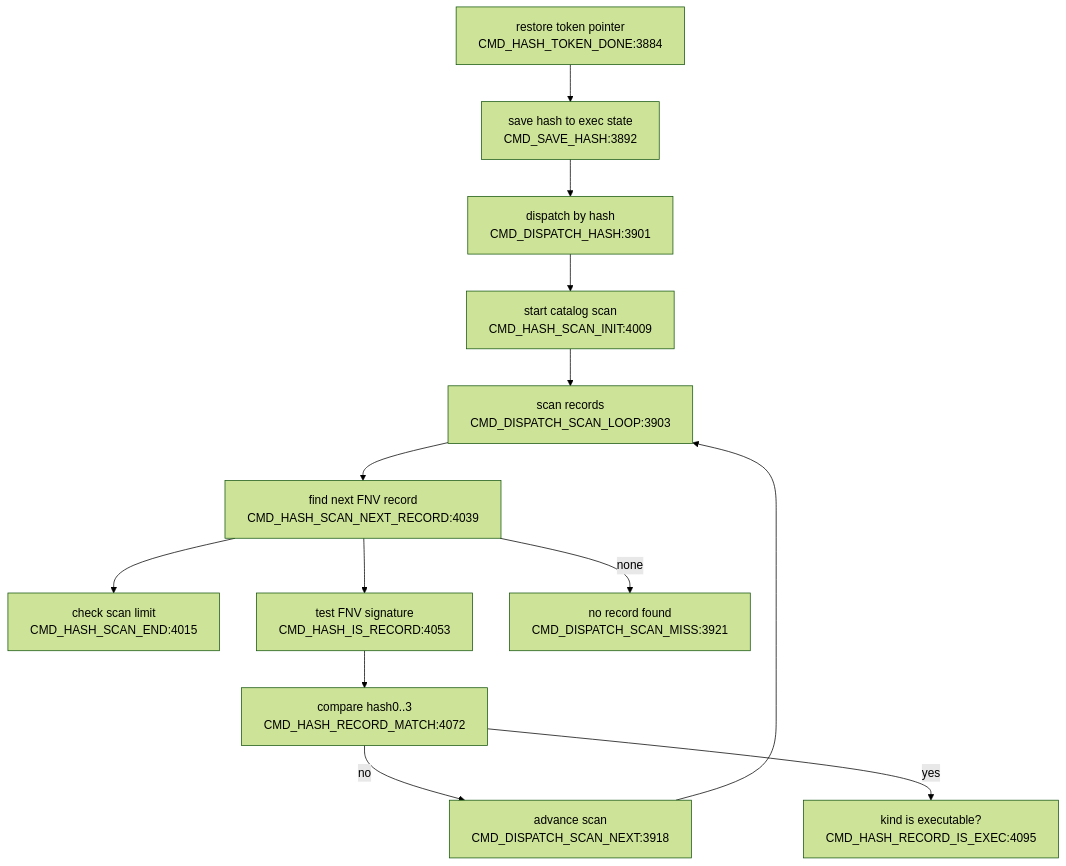
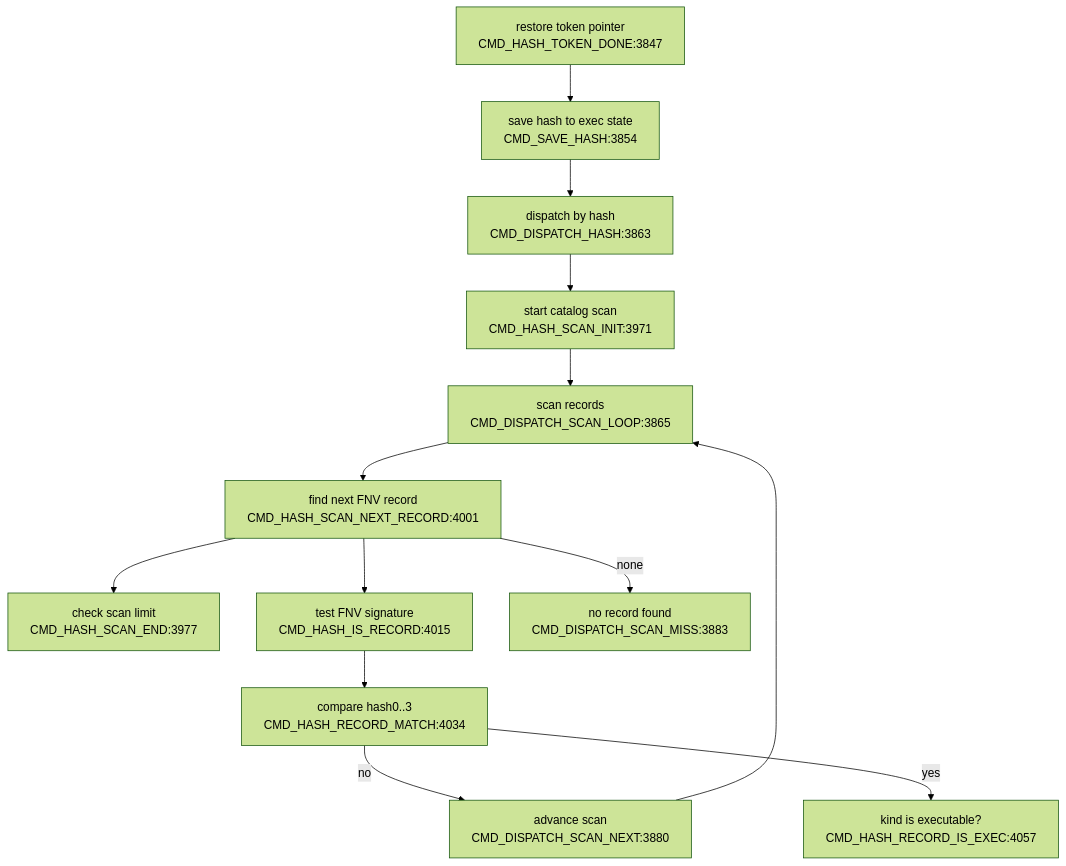
Before and after one commit to 95westus/R-YORS: the third of 4 diagrams in DOC/GENERATED/CMD_FLOW_MAP.md, drawn with Mermaid (forest theme). The commit also changed other lines of this file and 53 other files, not shown here.

````diff
--- a/DOC/GENERATED/CMD_FLOW_MAP.md
+++ b/DOC/GENERATED/CMD_FLOW_MAP.md
@@ -40,15 +40,15 @@
 ```mermaid
 flowchart TD
-    DONE["restore token pointer<br/>CMD_HASH_TOKEN_DONE:3884"] --> SAVEHASH["save hash to exec state<br/>CMD_SAVE_HASH:3892"]
-    SAVEHASH --> DISPATCH["dispatch by hash<br/>CMD_DISPATCH_HASH:3901"]
-    DISPATCH --> SCANINIT["start catalog scan<br/>CMD_HASH_SCAN_INIT:4009"]
-    SCANINIT --> SCANLOOP["scan records<br/>CMD_DISPATCH_SCAN_LOOP:3903"]
-    SCANLOOP --> NEXTREC["find next FNV record<br/>CMD_HASH_SCAN_NEXT_RECORD:4039"]
-    NEXTREC --> ENDCHK["check scan limit<br/>CMD_HASH_SCAN_END:4015"]
-    NEXTREC --> ISREC["test FNV signature<br/>CMD_HASH_IS_RECORD:4053"]
-    NEXTREC -->|none| MISS["no record found<br/>CMD_DISPATCH_SCAN_MISS:3921"]
-    ISREC --> MATCH["compare hash0..3<br/>CMD_HASH_RECORD_MATCH:4072"]
-    MATCH -->|no| ADV["advance scan<br/>CMD_DISPATCH_SCAN_NEXT:3918"]
+    DONE["restore token pointer<br/>CMD_HASH_TOKEN_DONE:3847"] --> SAVEHASH["save hash to exec state<br/>CMD_SAVE_HASH:3854"]
+    SAVEHASH --> DISPATCH["dispatch by hash<br/>CMD_DISPATCH_HASH:3863"]
+    DISPATCH --> SCANINIT["start catalog scan<br/>CMD_HASH_SCAN_INIT:3971"]
+    SCANINIT --> SCANLOOP["scan records<br/>CMD_DISPATCH_SCAN_LOOP:3865"]
+    SCANLOOP --> NEXTREC["find next FNV record<br/>CMD_HASH_SCAN_NEXT_RECORD:4001"]
+    NEXTREC --> ENDCHK["check scan limit<br/>CMD_HASH_SCAN_END:3977"]
+    NEXTREC --> ISREC["test FNV signature<br/>CMD_HASH_IS_RECORD:4015"]
+    NEXTREC -->|none| MISS["no record found<br/>CMD_DISPATCH_SCAN_MISS:3883"]
+    ISREC --> MATCH["compare hash0..3<br/>CMD_HASH_RECORD_MATCH:4034"]
+    MATCH -->|no| ADV["advance scan<br/>CMD_DISPATCH_SCAN_NEXT:3880"]
     ADV --> SCANLOOP
-    MATCH -->|yes| EXECOK["kind is executable?<br/>CMD_HASH_RECORD_IS_EXEC:4095"]
+    MATCH -->|yes| EXECOK["kind is executable?<br/>CMD_HASH_RECORD_IS_EXEC:4057"]
 ```
````
